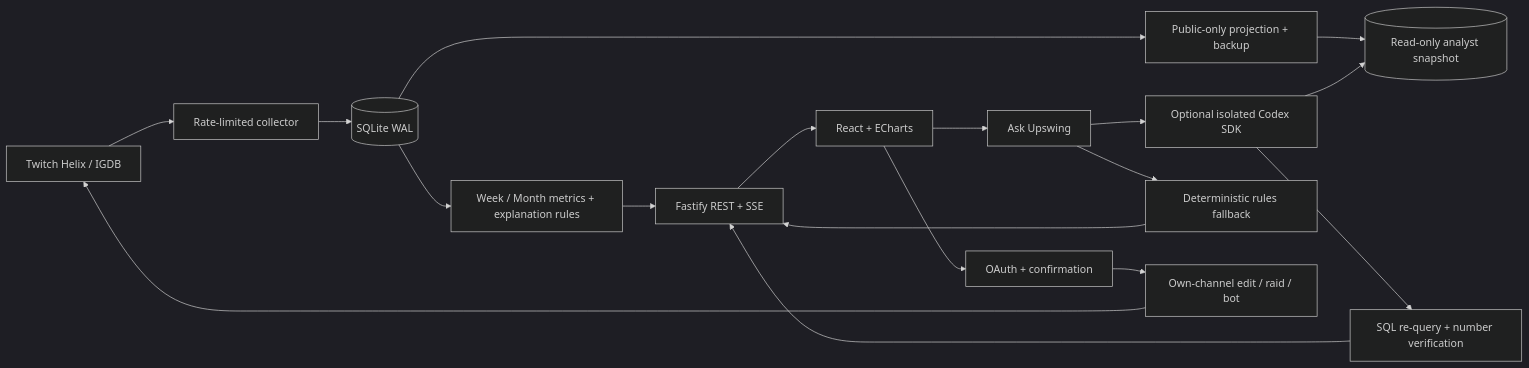
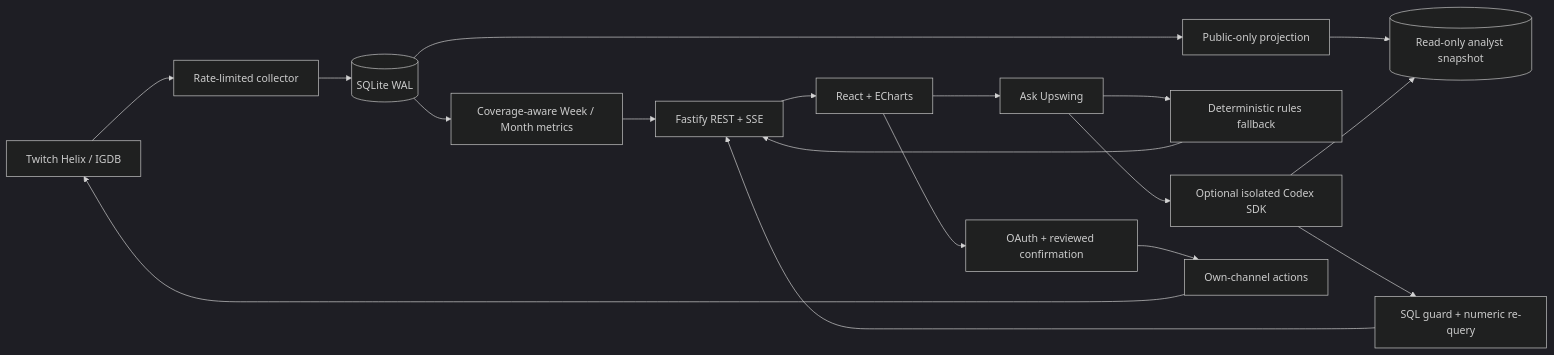
One commit to Darthh/TwitchTrendTracker-Hackathon2026 changed the diagram in README.md. Above: the diagram before and after it, drawn with Mermaid (dark theme). The commit also changed other lines of this file and 27 other files, not shown here.

````diff
--- a/README.md
+++ b/README.md
@@ -77,20 +68,20 @@
 ```mermaid
 flowchart LR
   Twitch[Twitch Helix / IGDB] --> Collector[Rate-limited collector]
   Collector --> DB[(SQLite WAL)]
-  DB --> Metrics[Week / Month metrics + explanation rules]
+  DB --> Metrics[Coverage-aware Week / Month metrics]
   Metrics --> API[Fastify REST + SSE]
   API --> UI[React + ECharts]
-  DB --> Projection[Public-only projection + backup]
+  DB --> Projection[Public-only projection]
   Projection --> Snapshot[(Read-only analyst snapshot)]
-  UI --> Analyst[Ask Upswing]
-  Analyst --> SDK[Optional isolated Codex SDK]
-  SDK --> Snapshot
-  SDK --> Verify[SQL re-query + number verification]
+  UI --> Ask[Ask Upswing]
+  Ask --> Rules[Deterministic rules fallback]
+  Rules --> API
+  Ask --> Codex[Optional isolated Codex SDK]
+  Codex --> Snapshot
+  Codex --> Verify[SQL guard + numeric re-query]
   Verify --> API
-  Analyst --> Fallback[Deterministic rules fallback]
-  Fallback --> API
-  UI --> Confirm[OAuth + confirmation]
-  Confirm --> Actions[Own-channel edit / raid / bot]
+  UI --> Confirm[OAuth + reviewed confirmation]
+  Confirm --> Actions[Own-channel actions]
   Actions --> Twitch
 ```
````
